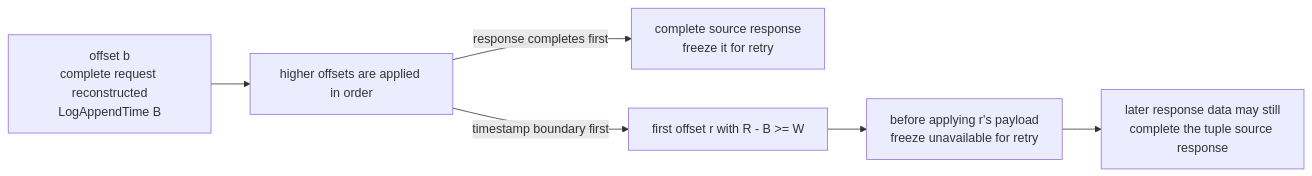
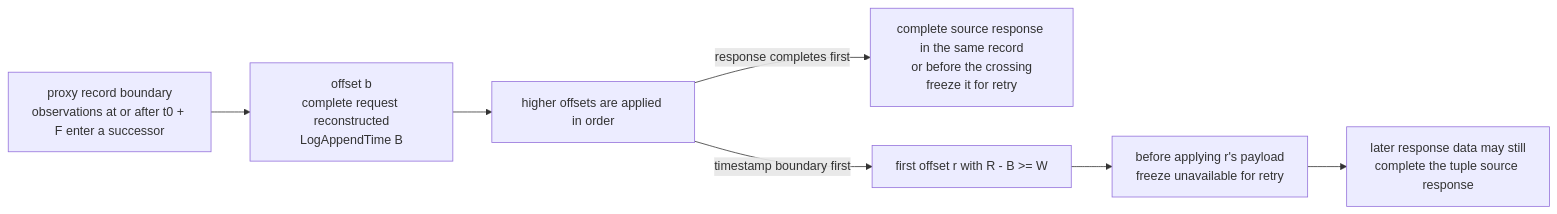
The third of 4 diagrams in docs/replayerProcessingAndCommitArchitecture.md (opensearch-project/opensearch-migrations), drawn with Mermaid before and after one commit. The commit also changed other lines of this file and 5 other files, not shown here.

````diff
--- a/docs/replayerProcessingAndCommitArchitecture.md
+++ b/docs/replayerProcessingAndCommitArchitecture.md
@@ -942,15 +976,17 @@
 ```mermaid
 flowchart LR
+    F["proxy record boundary<br/>observations at or after t0 + F enter a successor"]
     B["offset b<br/>complete request reconstructed<br/>LogAppendTime B"]
     M["higher offsets are applied in order"]
-    C["complete source response<br/>freeze it for retry"]
+    C["complete source response in the same record<br/>or before the crossing<br/>freeze it for retry"]
     R["first offset r with R - B >= W"]
     U["before applying r's payload<br/>freeze unavailable for retry"]
     L["later response data may still<br/>complete the tuple source response"]
 
+    F --> B
     B --> M
     M -->|"response completes first"| C
     M -->|"timestamp boundary first"| R
     R --> U
     U --> L
 ```
````
